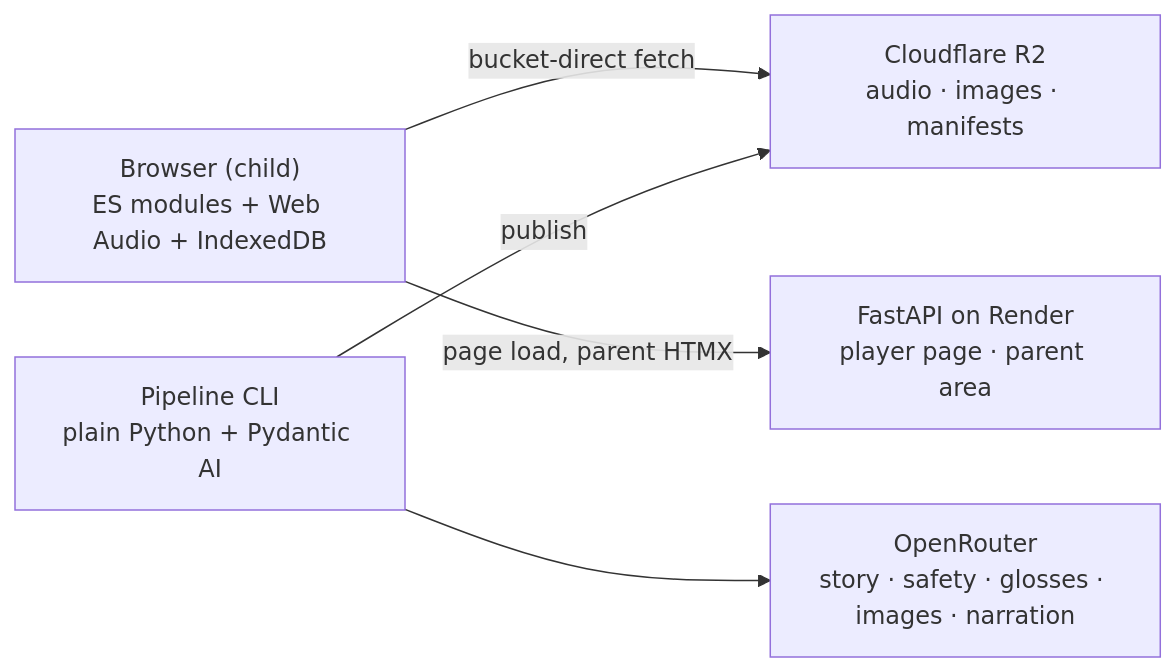
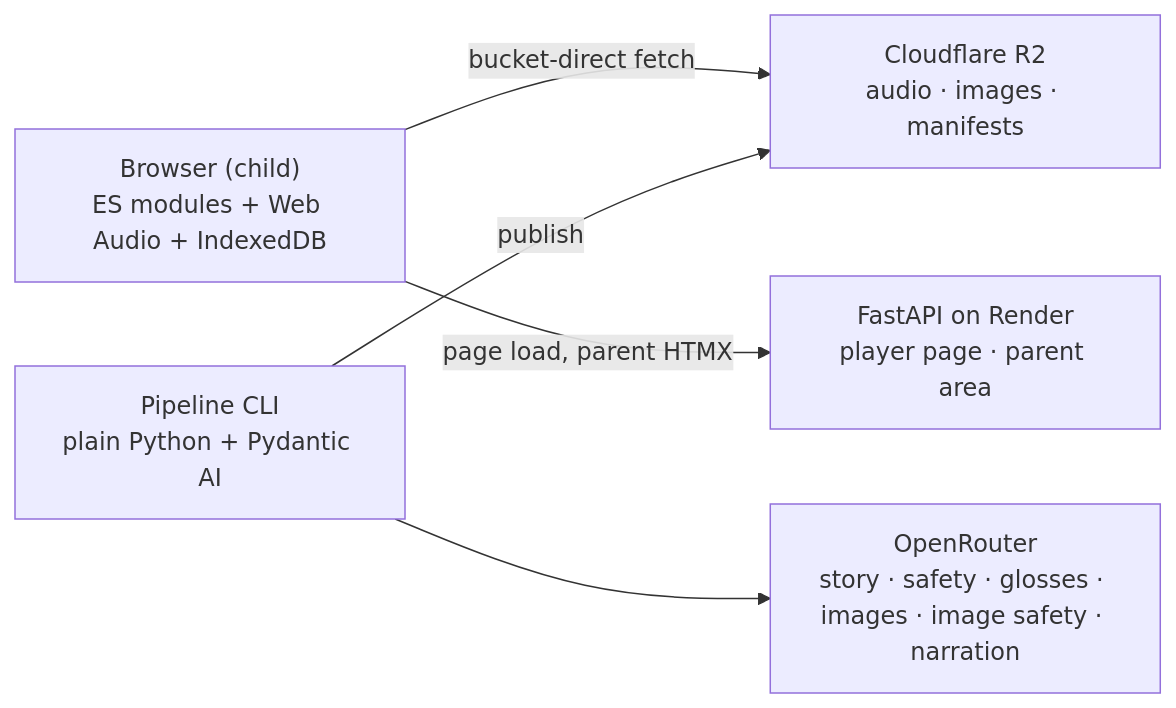
One commit to darth-dodo/cantastorie changed the first of 2 diagrams in docs/architecture.md. Above: the diagram before and after it, drawn with Mermaid. The commit also changed other lines of this file and 22 other files, not shown here.

````diff
--- a/docs/architecture.md
+++ b/docs/architecture.md
@@ -33,13 +33,13 @@
 ```mermaid
 graph LR
     B["Browser (child)<br/>ES modules + Web Audio + IndexedDB"]
     R2["Cloudflare R2<br/>audio · images · manifests"]
     F["FastAPI on Render<br/>player page · parent area"]
     P["Pipeline CLI<br/>plain Python + Pydantic AI"]
-    OR["OpenRouter<br/>story · safety · glosses · images · narration"]
+    OR["OpenRouter<br/>story · safety · glosses · images · image safety · narration"]
 
     B -- "bucket-direct fetch" --> R2
     B -- "page load, parent HTMX" --> F
     P -- "publish" --> R2
     P --> OR
 ```
````
